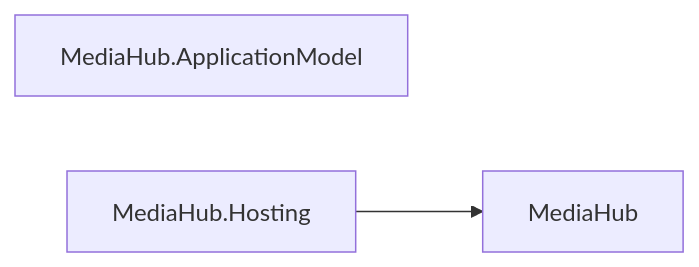
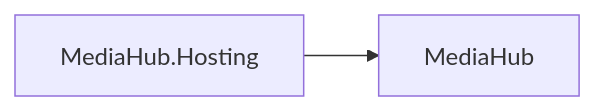
One commit to assimalign/cohesion changed diagram 20 of 27 in docs/DEPENDENCIES.md. Above: the diagram before and after it, drawn with Mermaid. The commit also changed other lines of this file and 441 other files, not shown here.

````diff
--- a/docs/DEPENDENCIES.md
+++ b/docs/DEPENDENCIES.md
@@ -811,7 +791,6 @@
 ```mermaid
 flowchart LR
     N0["MediaHub"]
-    N1["MediaHub.ApplicationModel"]
-    N2["MediaHub.Hosting"]
-    N2 --> N0
+    N1["MediaHub.Hosting"]
+    N1 --> N0
 ```
````
